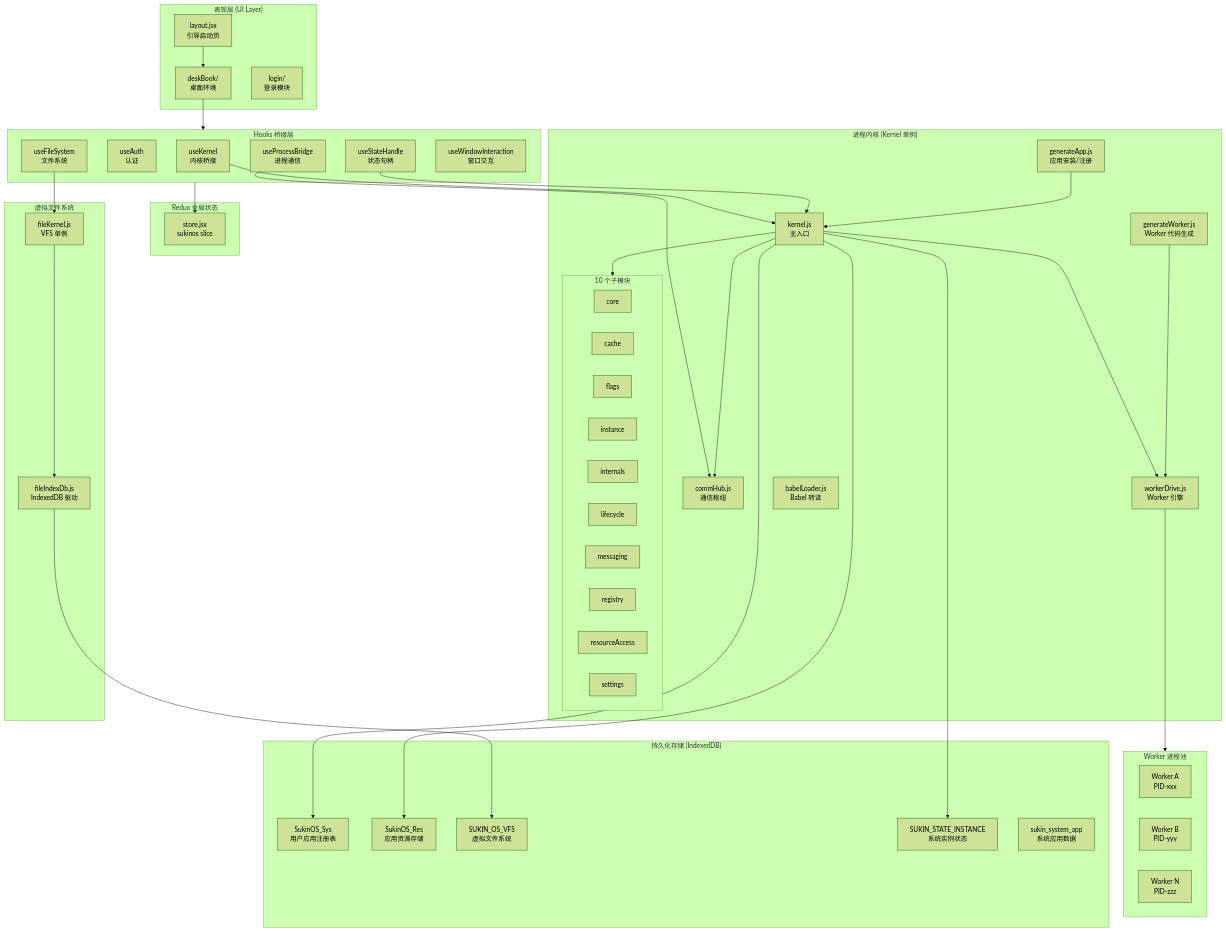
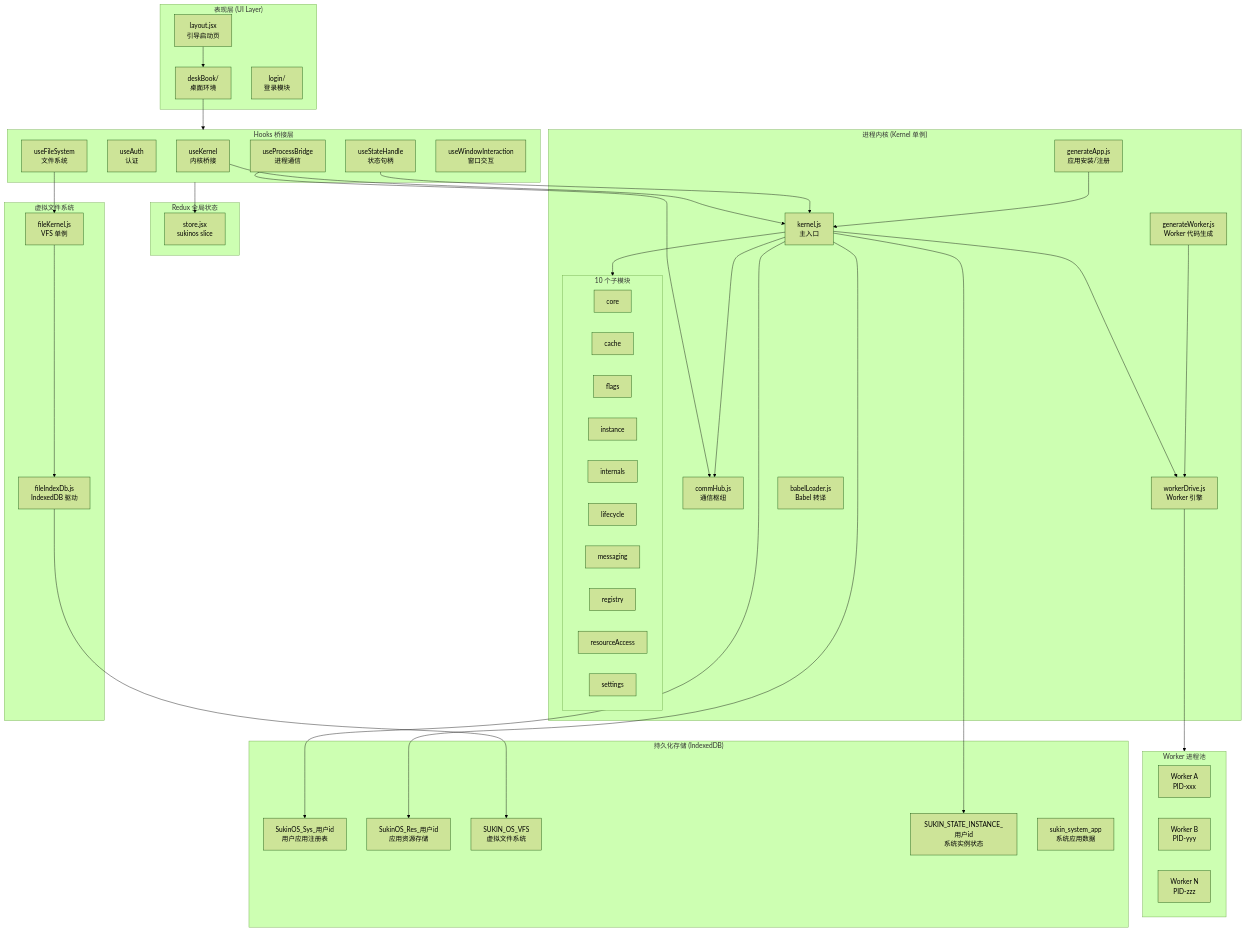
Before and after one commit to suluwanqing/sukinOS: the first of 4 diagrams in docs/module/00-overview.md, drawn with Mermaid (forest theme). The commit also changed other lines of this file and 70 other files, not shown here.

````diff
--- a/docs/module/00-overview.md
+++ b/docs/module/00-overview.md
@@ -30,82 +30,82 @@
 ```mermaid
 graph TB
     subgraph UI["表现层 (UI Layer)"]
         Layout["layout.jsx<br/>引导启动页"]
         DeskBook["deskBook/<br/>桌面环境"]
         Login["login/<br/>登录模块"]
     end
 
     subgraph Hooks["Hooks 桥接层"]
         useKernel["useKernel<br/>内核桥接"]
         useAuth["useAuth<br/>认证"]
         useProcessBridge["useProcessBridge<br/>进程通信"]
         useFileSystem["useFileSystem<br/>文件系统"]
         useStateHandle["useStateHandle<br/>状态句柄"]
         useWindowInteraction["useWindowInteraction<br/>窗口交互"]
     end
 
     subgraph Redux["Redux 全局状态"]
         Store["store.jsx<br/>sukinos slice"]
     end
 
     subgraph Kernel["进程内核 (Kernel 单例)"]
         KernelCore["kernel.js<br/>主入口"]
         subgraph KernelParts["10 个子模块"]
             Core["core"]
             Cache["cache"]
             Flags["flags"]
             Instance["instance"]
             Internals["internals"]
             Lifecycle["lifecycle"]
             Messaging["messaging"]
             Registry["registry"]
             ResourceAccess["resourceAccess"]
             Settings["settings"]
         end
         CommHub["commHub.js<br/>通信枢纽"]
         WorkerDrive["workerDrive.js<br/>Worker 引擎"]
         GenerateWorker["generateWorker.js<br/>Worker 代码生成"]
         GenerateApp["generateApp.js<br/>应用安装/注册"]
         BabelLoader["babelLoader.js<br/>Babel 转译"]
     end
 
     subgraph Worker["Worker 进程池"]
         W1["Worker A<br/>PID-xxx"]
         W2["Worker B<br/>PID-yyy"]
         WN["Worker N<br/>PID-zzz"]
     end
 
     subgraph VFS["虚拟文件系统"]
         FileKernel["fileKernel.js<br/>VFS 单例"]
         FileIndexDb["fileIndexDb.js<br/>IndexedDB 驱动"]
     end
 
     subgraph Storage["持久化存储 (IndexedDB)"]
-        DB_SYS["SukinOS_Sys<br/>用户应用注册表"]
-        DB_RES["SukinOS_Res<br/>应用资源存储"]
+        DB_SYS["SukinOS_Sys_用户id<br/>用户应用注册表"]
+        DB_RES["SukinOS_Res_用户id<br/>应用资源存储"]
         DB_VFILE["SUKIN_OS_VFS<br/>虚拟文件系统"]
-        DB_INST["SUKIN_STATE_INSTANCE<br/>系统实例状态"]
+        DB_INST["SUKIN_STATE_INSTANCE_用户id<br/>系统实例状态"]
         DB_APP["sukin_system_app<br/>系统应用数据"]
     end
 
     Layout --> DeskBook
     DeskBook --> Hooks
     Hooks --> Store
     useKernel --> KernelCore
     useProcessBridge --> CommHub
     useFileSystem --> FileKernel
     useStateHandle --> KernelCore
 
     KernelCore --> KernelParts
     KernelCore --> CommHub
     KernelCore --> WorkerDrive
     GenerateApp --> KernelCore
     WorkerDrive --> Worker
     GenerateWorker --> WorkerDrive
 
     FileKernel --> FileIndexDb
     FileIndexDb --> DB_VFILE
     KernelCore --> DB_SYS
     KernelCore --> DB_RES
     KernelCore --> DB_INST
 ```
````
